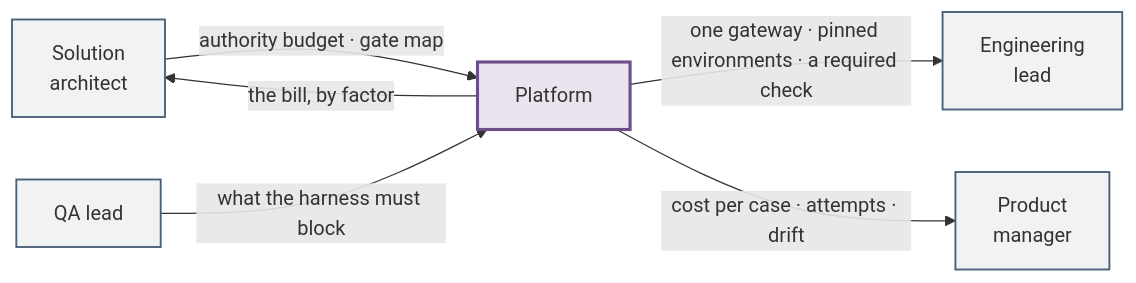
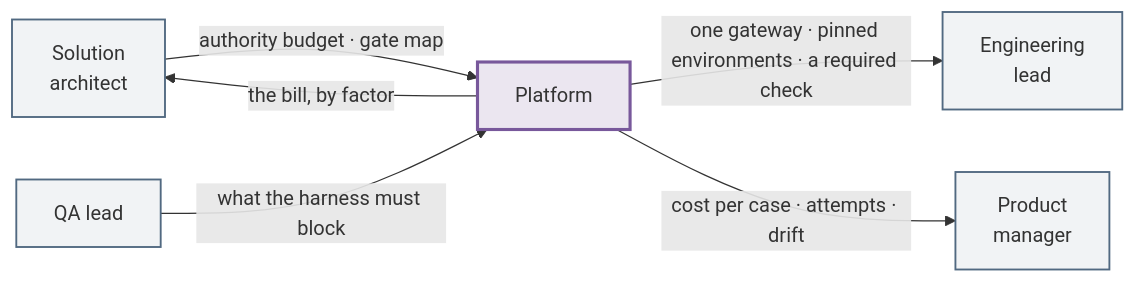
The diagram in wiki/Role-DevOps.md (akash-coded/aws-bedrock-agentcore-strands), drawn with Mermaid before and after one commit. The commit also changed 19 other files, not shown here.

````diff
--- a/wiki/Role-DevOps.md
+++ b/wiki/Role-DevOps.md
@@ -62,12 +62,12 @@
 ```mermaid
 flowchart LR
   SA["Solution<br/>architect"] -->|"authority budget · gate map"| ME["Platform"]
   QA["QA lead"] -->|"what the harness must block"| ME
   ME -->|"one gateway · pinned environments · a required check"| EN["Engineering<br/>lead"]
   ME -->|"cost per case · attempts · drift"| PM["Product<br/>manager"]
   ME -->|"the bill, by factor"| SA
-  classDef me fill:#6B4E8A26,stroke:#6B4E8A,stroke-width:2.5px
-  classDef them fill:#4A607614,stroke:#4A6076,stroke-width:1.5px
+  classDef me fill:#78589B26,stroke:#78589B,stroke-width:2.5px
+  classDef them fill:#51698114,stroke:#516981,stroke-width:1.5px
   class ME me
   class SA,QA,EN,PM them
 ```
````
